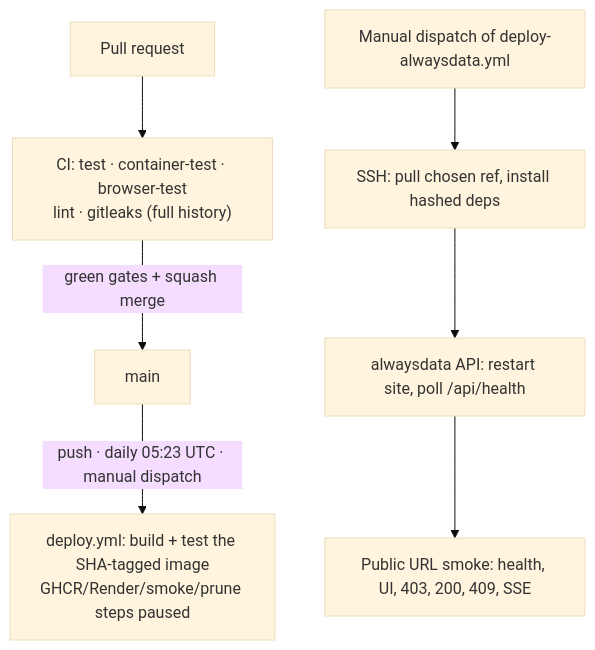
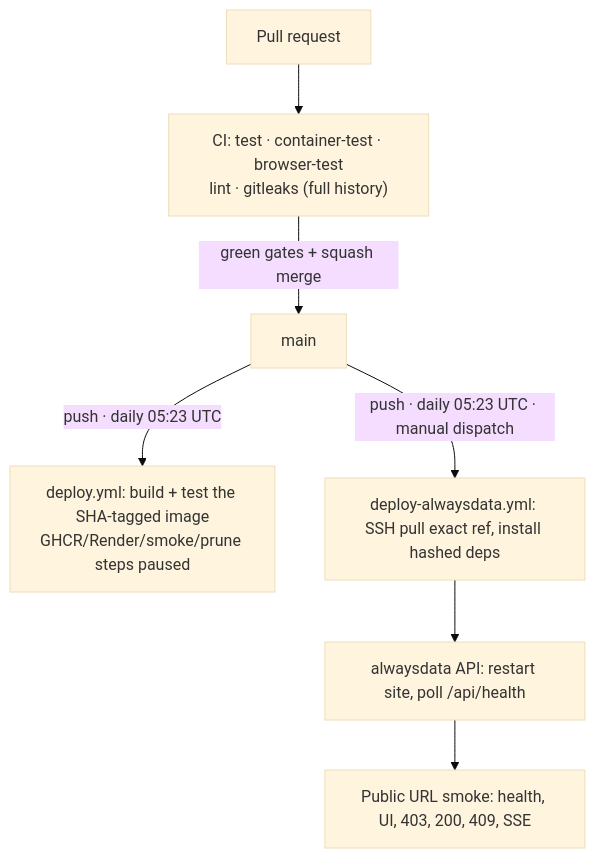
One commit to gstavrooo/flop7 changed the second of 2 diagrams in README.md. Above: the diagram before and after it, drawn with Mermaid (base theme). The commit also changed other lines of this file and 3 other files, not shown here.

First line of the commit message:
ci(deploy): alwaysdata automatisch bei jedem Merge deployen (#40)

````diff
--- a/README.md
+++ b/README.md
@@ -79,9 +79,9 @@
 ```mermaid
 flowchart TD
   PR["Pull request"] --> CI["CI: test · container-test · browser-test<br/>lint · gitleaks (full history)"]
   CI -->|"green gates + squash merge"| MAIN["main"]
-  MAIN -->|"push · daily 05:23 UTC · manual dispatch"| IMAGE["deploy.yml: build + test the SHA-tagged image<br/>GHCR/Render/smoke/prune steps paused"]
-  OPS["Manual dispatch of deploy-alwaysdata.yml"] --> PULL["SSH: pull chosen ref, install hashed deps"]
+  MAIN -->|"push · daily 05:23 UTC"| IMAGE["deploy.yml: build + test the SHA-tagged image<br/>GHCR/Render/smoke/prune steps paused"]
+  MAIN -->|"push · daily 05:23 UTC · manual dispatch"| PULL["deploy-alwaysdata.yml: SSH pull exact ref, install hashed deps"]
   PULL --> RESTART["alwaysdata API: restart site, poll /api/health"]
   RESTART --> SMOKE["Public URL smoke: health, UI, 403, 200, 409, SSE"]
 ```
````
